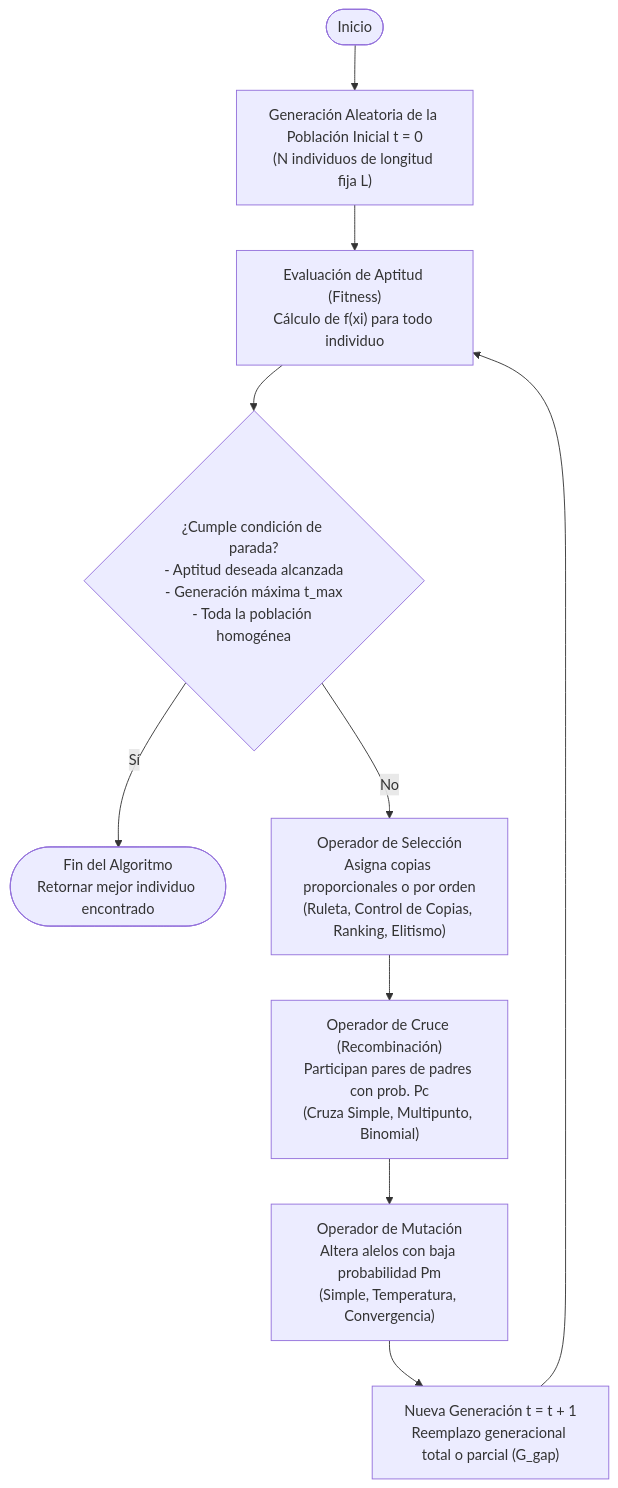
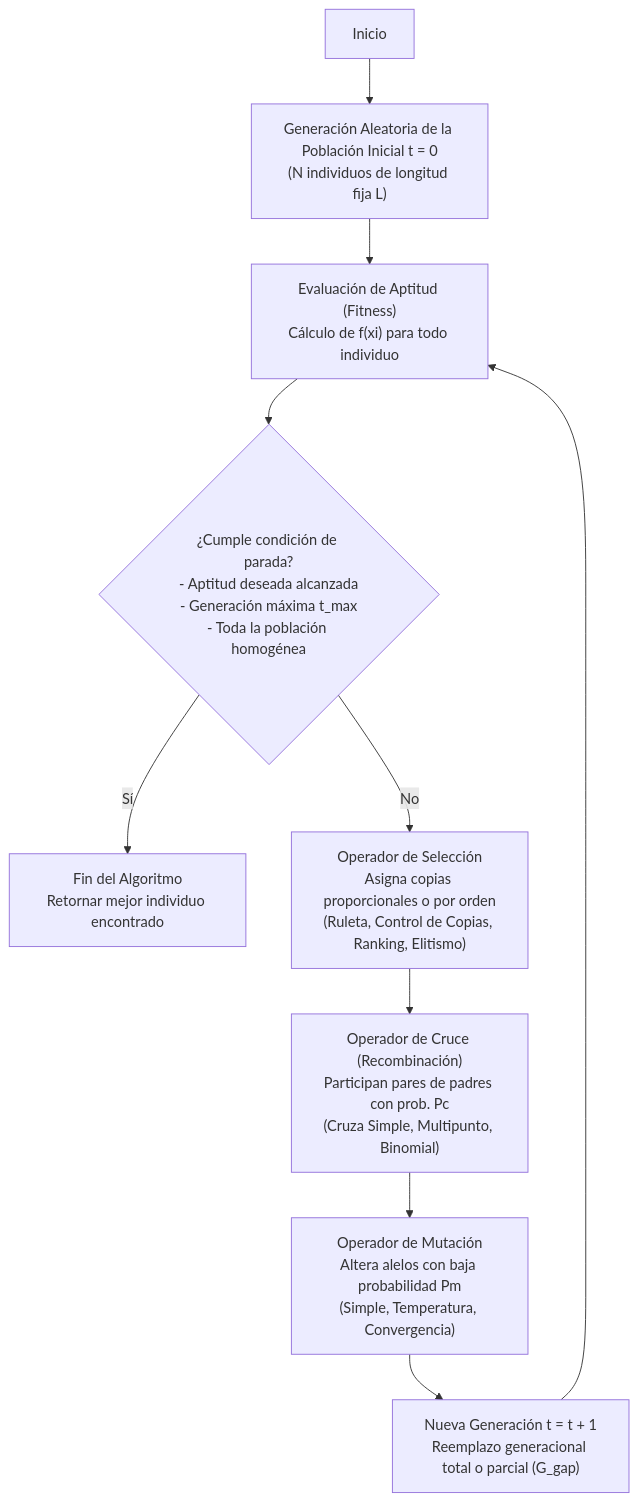
One commit to FranDSchz/ia-segundo-parcial-utn-frre changed the second of 5 diagrams in GUIAS_PASO_A_PASO/GUIA_MAESTRA_ALGORITMOS_GENETICOS_Y_ESTRUCTURA_EXAMEN.md. Above: the diagram before and after it, drawn with Mermaid. The commit also changed other lines of this file and 39 other files, not shown here.

````diff
--- a/GUIAS_PASO_A_PASO/GUIA_MAESTRA_ALGORITMOS_GENETICOS_Y_ESTRUCTURA_EXAMEN.md
+++ b/GUIAS_PASO_A_PASO/GUIA_MAESTRA_ALGORITMOS_GENETICOS_Y_ESTRUCTURA_EXAMEN.md
@@ -173,12 +173,12 @@
 ```mermaid
 flowchart TD
-    Inicio(["Inicio"]) --> Gen0["Generación Aleatoria de la Población Inicial t = 0<br/>(N individuos de longitud fija L)"]
+    Inicio["Inicio"] --> Gen0["Generación Aleatoria de la Población Inicial t = 0<br/>(N individuos de longitud fija L)"]
     Gen0 --> Eval["Evaluación de Aptitud (Fitness)<br/>Cálculo de f(xi) para todo individuo"]
     Eval --> Check{"¿Cumple condición de parada?<br/>- Aptitud deseada alcanzada<br/>- Generación máxima t_max<br/>- Toda la población homogénea"}
-    Check -- Sí --> Fin(["Fin del Algoritmo<br/>Retornar mejor individuo encontrado"])
-    Check -- No --> Sel["Operador de Selección<br/>Asigna copias proporcionales o por orden<br/>(Ruleta, Control de Copias, Ranking, Elitismo)"]
+    Check -->|"Sí"| Fin["Fin del Algoritmo<br/>Retornar mejor individuo encontrado"]
+    Check -->|"No"| Sel["Operador de Selección<br/>Asigna copias proporcionales o por orden<br/>(Ruleta, Control de Copias, Ranking, Elitismo)"]
     Sel --> Cruce["Operador de Cruce (Recombinación)<br/>Participan pares de padres con prob. Pc<br/>(Cruza Simple, Multipunto, Binomial)"]
     Cruce --> Mut["Operador de Mutación<br/>Altera alelos con baja probabilidad Pm<br/>(Simple, Temperatura, Convergencia)"]
     Mut --> NewPop["Nueva Generación t = t + 1<br/>Reemplazo generacional total o parcial (G_gap)"]
     NewPop --> Eval
 ```
````
